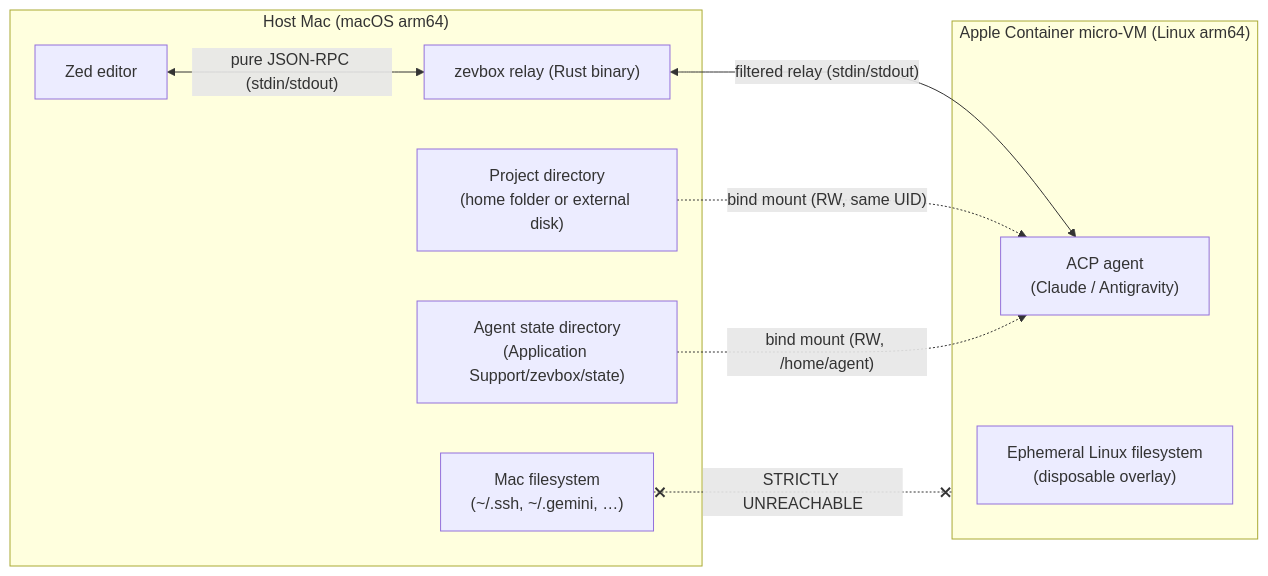
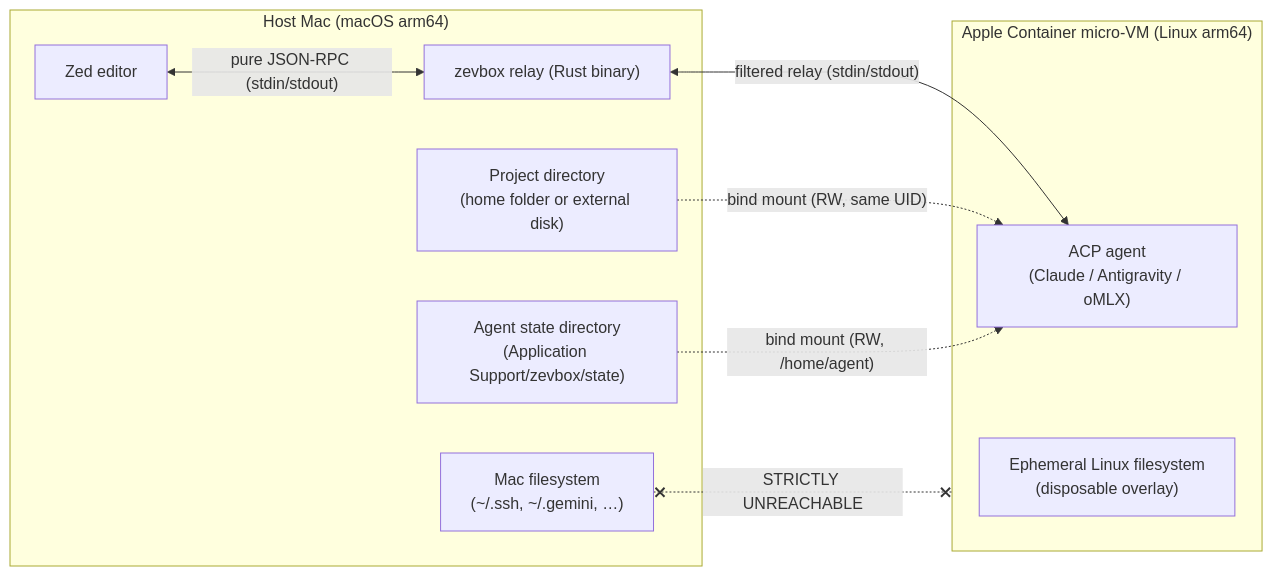
One commit to brainztorm/zevbox changed the first of 8 diagrams in docs/ARCHITECTURE.md. Above: the diagram before and after it, drawn with Mermaid. The commit also changed other lines of this file and 27 other files, not shown here.

First line of the commit message:
omlx: third agent, the Claude adapter on a local oMLX server

````diff
--- a/docs/ARCHITECTURE.md
+++ b/docs/ARCHITECTURE.md
@@ -28,21 +28,21 @@
 ```mermaid
 flowchart LR
     subgraph Host ["Host Mac (macOS arm64)"]
         Zed["Zed editor"]
         Zevbox["zevbox relay (Rust binary)"]
         UserFS["Mac filesystem\n(~/.ssh, ~/.gemini, …)"]
         ProjectDir["Project directory\n(home folder or external disk)"]
         StateDir["Agent state directory\n(Application Support/zevbox/state)"]
     end
 
     subgraph VM ["Apple Container micro-VM (Linux arm64)"]
-        Agent["ACP agent\n(Claude / Antigravity)"]
+        Agent["ACP agent\n(Claude / Antigravity / oMLX)"]
         VMFS["Ephemeral Linux filesystem\n(disposable overlay)"]
     end
 
     Zed <-->|"pure JSON-RPC (stdin/stdout)"| Zevbox
     Zevbox <-->|"filtered relay (stdin/stdout)"| Agent
     ProjectDir -.->|"bind mount (RW, same UID)"| Agent
     StateDir -.->|"bind mount (RW, /home/agent)"| Agent
     UserFS x-.-x|"STRICTLY UNREACHABLE"| VM
 ```
````
